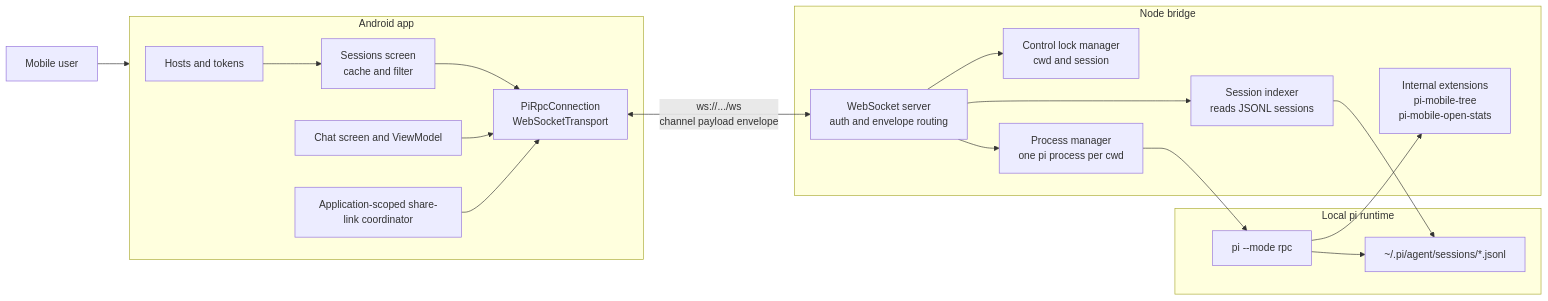
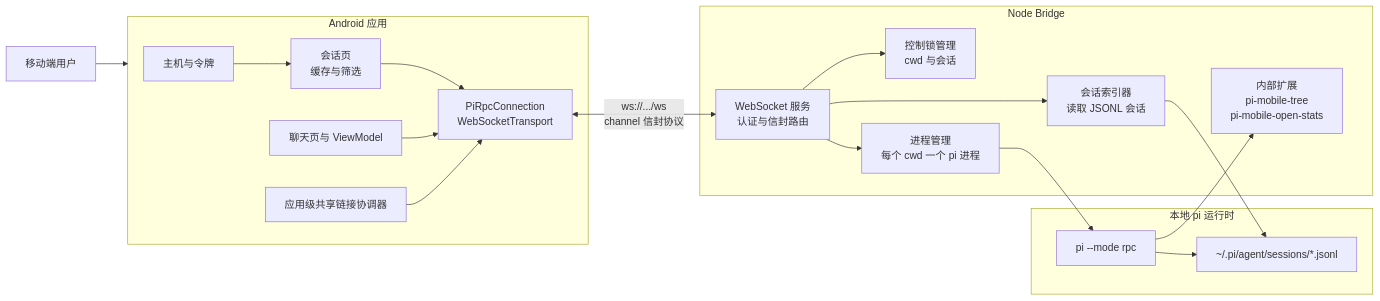
One commit to GuoZhenKuang/pipilot changed the first of 5 diagrams in docs/architecture.md. Above: the diagram before and after it, drawn with Mermaid. The commit also changed other lines of this file and 7 other files, not shown here.

````diff
--- a/docs/architecture.md
+++ b/docs/architecture.md
@@ -7,41 +7,41 @@
 ```mermaid
 flowchart LR
-    User["Mobile user"]
+    User["移动端用户"]
 
-    subgraph Android["Android app"]
-      Hosts["Hosts and tokens"]
-      ShareCoordinator["Application-scoped share-link coordinator"]
-      Sessions["Sessions screen<br/>cache and filter"]
-      Chat["Chat screen and ViewModel"]
+    subgraph Android["Android 应用"]
+      Hosts["主机与令牌"]
+      ShareCoordinator["应用级共享链接协调器"]
+      Sessions["会话页<br/>缓存与筛选"]
+      Chat["聊天页与 ViewModel"]
       Net["PiRpcConnection<br/>WebSocketTransport"]
     end
 
-    subgraph Bridge["Node bridge"]
-      WS["WebSocket server<br/>auth and envelope routing"]
-      Locks["Control lock manager<br/>cwd and session"]
-      PM["Process manager<br/>one pi process per cwd"]
-      Indexer["Session indexer<br/>reads JSONL sessions"]
-      Ext["Internal extensions<br/>pi-mobile-tree<br/>pi-mobile-open-stats"]
+    subgraph Bridge["Node Bridge"]
+      WS["WebSocket 服务<br/>认证与信封路由"]
+      Locks["控制锁管理<br/>cwd 与会话"]
+      PM["进程管理<br/>每个 cwd 一个 pi 进程"]
+      Indexer["会话索引器<br/>读取 JSONL 会话"]
+      Ext["内部扩展<br/>pi-mobile-tree<br/>pi-mobile-open-stats"]
     end
 
-    subgraph Laptop["Local pi runtime"]
+    subgraph Laptop["本地 pi 运行时"]
       Pi["pi --mode rpc"]
       Files["~/.pi/agent/sessions/*.jsonl"]
     end
 
     User --> Android
     Hosts --> Sessions
     Sessions --> Net
     Chat --> Net
     ShareCoordinator --> Net
 
-    Net <-->|ws://.../ws<br/>channel payload envelope| WS
+    Net <-->|ws://.../ws<br/>channel 信封协议| WS
     WS --> Locks
     WS --> PM
     WS --> Indexer
 
     PM --> Pi
     Pi --> Ext
     Indexer --> Files
     Pi --> Files
 ```
````
